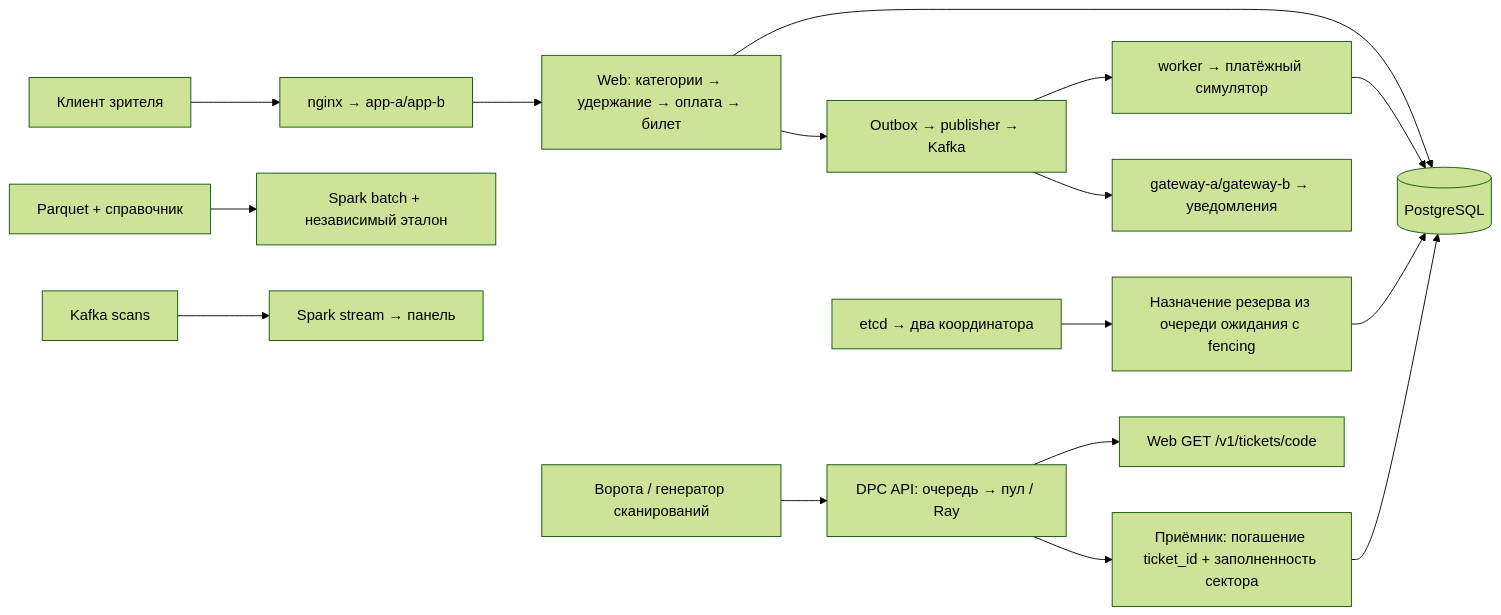
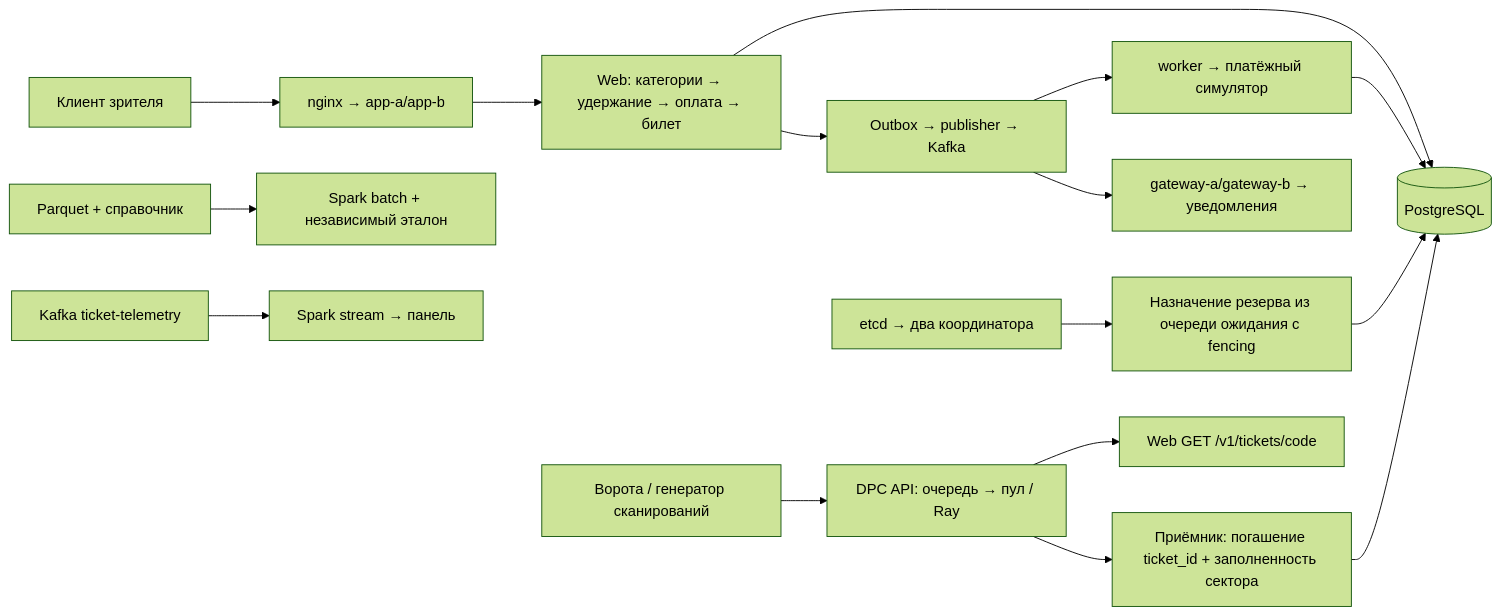
Before and after one commit to kryvorotenko/cinema-concerts: the diagram in docs/knowledge/PROJECT.md, drawn with Mermaid (forest theme). The commit also changed 33 other files, not shown here.

````diff
--- a/docs/knowledge/PROJECT.md
+++ b/docs/knowledge/PROJECT.md
@@ -12,18 +12,18 @@
 ```mermaid
 flowchart LR
     U[Клиент зрителя] --> N[nginx → app-a/app-b]
     N --> W[Web: категории → удержание → оплата → билет]
     W --> PG[(PostgreSQL)]
     W --> O[Outbox → publisher → Kafka]
     O --> WK[worker → платёжный симулятор]
     WK --> PG
     O --> WS[gateway-a/gateway-b → уведомления]
     G[Ворота / генератор сканирований] --> D[DPC API: очередь → пул / Ray]
     D --> V[Web GET /v1/tickets/code]
     D --> R[Приёмник: погашение ticket_id + заполненность сектора]
     R --> PG
     P[Parquet + справочник] --> S[Spark batch + независимый эталон]
-    K[Kafka scans] --> SS[Spark stream → панель]
+    K[Kafka ticket-telemetry] --> SS[Spark stream → панель]
     E[etcd → два координатора] --> F[Назначение резерва из очереди ожидания с fencing]
     F --> PG
 ```
````
